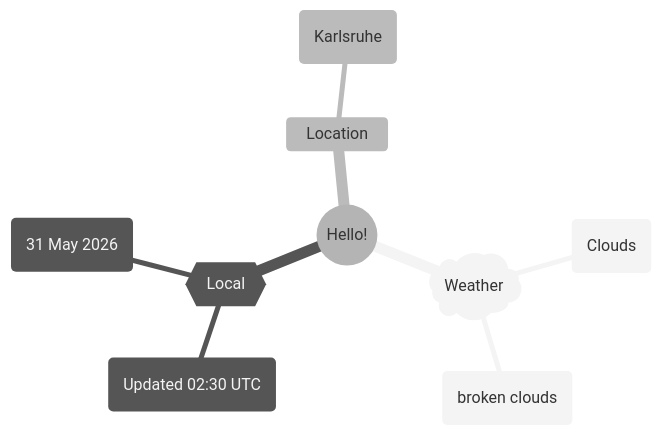
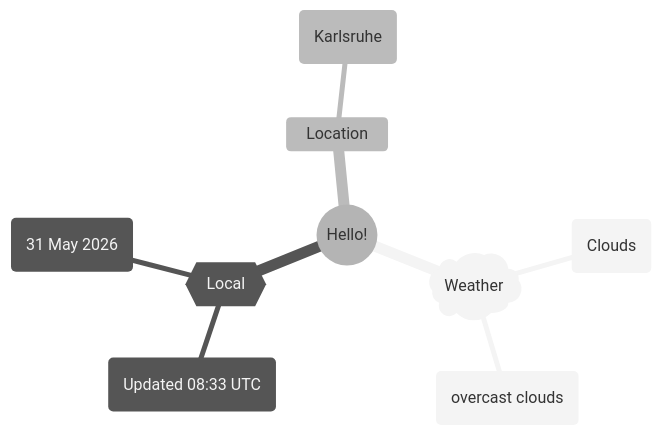
One commit to Xosrov/Xosrov changed the first of 2 diagrams in README.md. Above: the diagram before and after it, drawn with Mermaid (neutral theme).

Commit message:
[bot] updated images

````diff
--- a/README.md
+++ b/README.md
@@ -3,12 +3,12 @@
 ```mermaid
 mindmap
   root((Hello!))
     )Weather(
         (Clouds)
-        (broken clouds)
+        (overcast clouds)
     {{Local}}
-        (Updated 02:30 UTC)
+        (Updated 08:33 UTC)
         (31 May 2026)
     Location
         (Karlsruhe)
 ```
````
